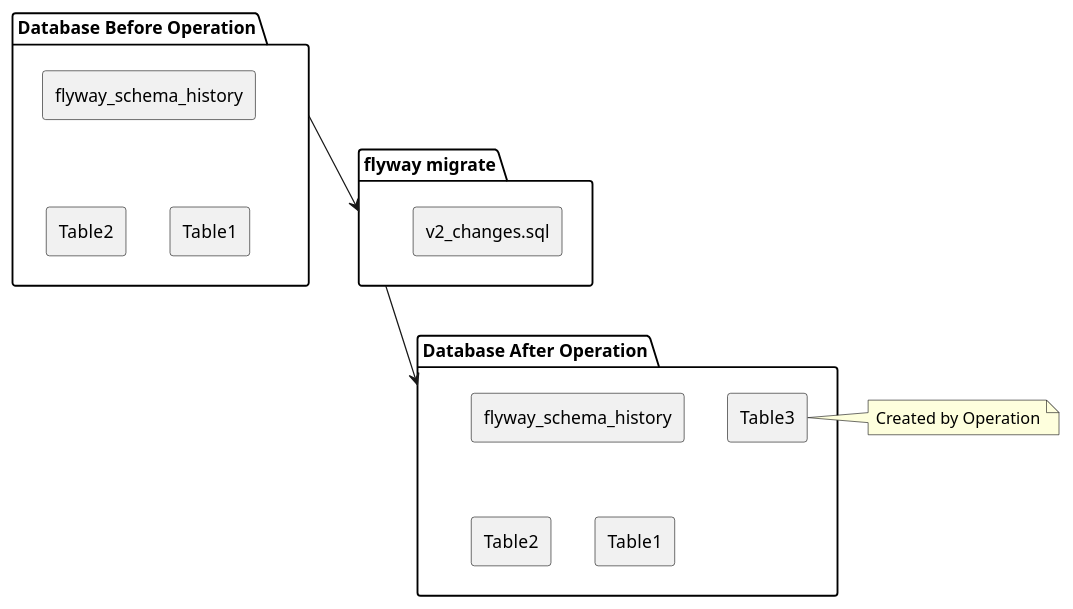
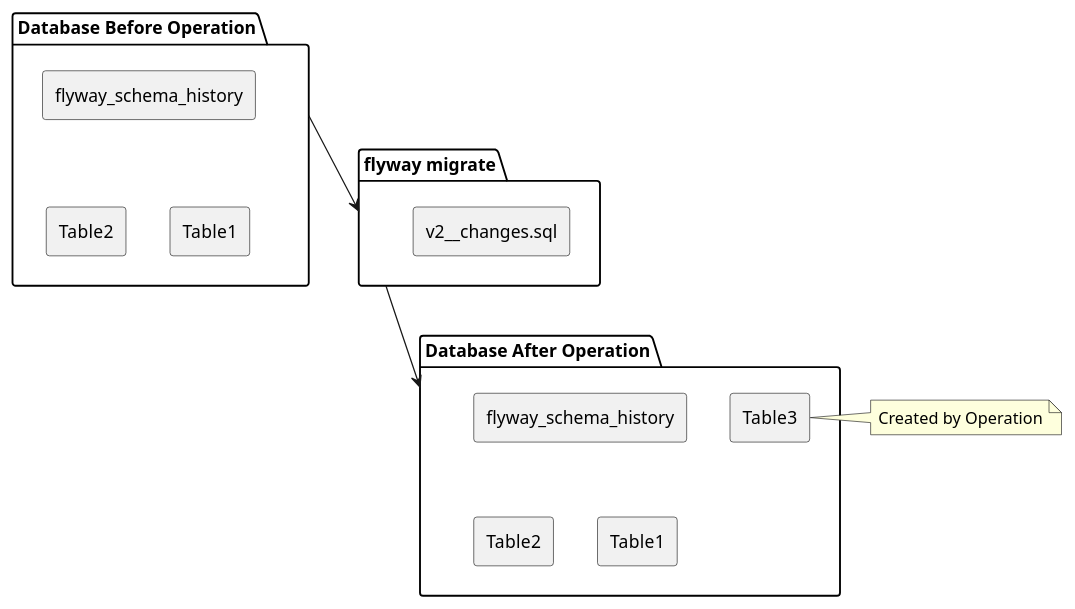
Before and after one commit to LangInteger/learning: the diagram in draw/plantuml/20201117-flyway-migrate.puml, drawn with PlantUML.

```diff
--- a/draw/plantuml/20201117-flyway-migrate.puml
+++ b/draw/plantuml/20201117-flyway-migrate.puml
@@ -1,36 +1,36 @@
 @startuml
 
 skinparam componentStyle rectangle
 
 package "Database Before Operation" as DBO {
   [flyway_schema_history] as fsh_1
   [Table1] as table1_1
   [Table2] as table2_1
 }
 
 fsh_1 -[hidden]-> table1_1
 table2_1 -[hidden]> table1_1
 
 package "Database After Operation" as DAO {
   [flyway_schema_history] as fsh_2
   [Table1] as table1_2
   [Table2] as table2_2
   [Table3] as table3_2
 }
 
 fsh_2 -[hidden]-> table1_2
 table2_2 -[hidden]> table1_2
 
 package "flyway migrate" as OP {
-    [v2_changes.sql] as file
+    [v2__changes.sql] as file
 }
 
 table1_1 -[hidden]> file
 file -[hidden]-> DAO
 
 DBO -> OP
 OP -> DAO
 
 note left of table3_2 : Created by Operation
 
 @enduml
```
